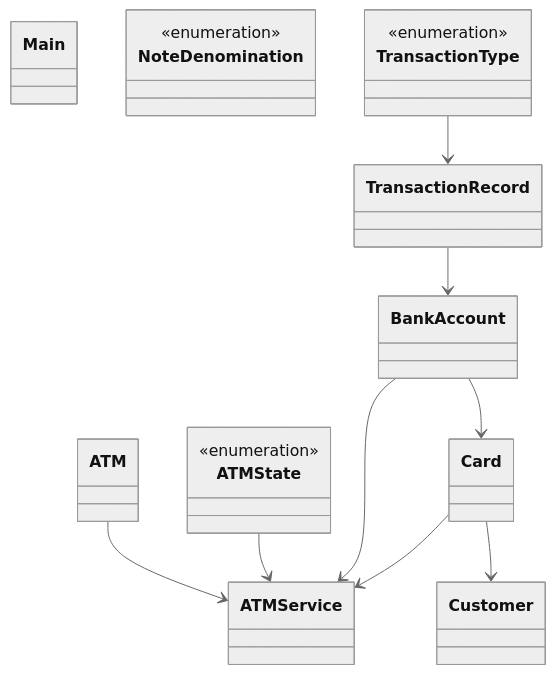
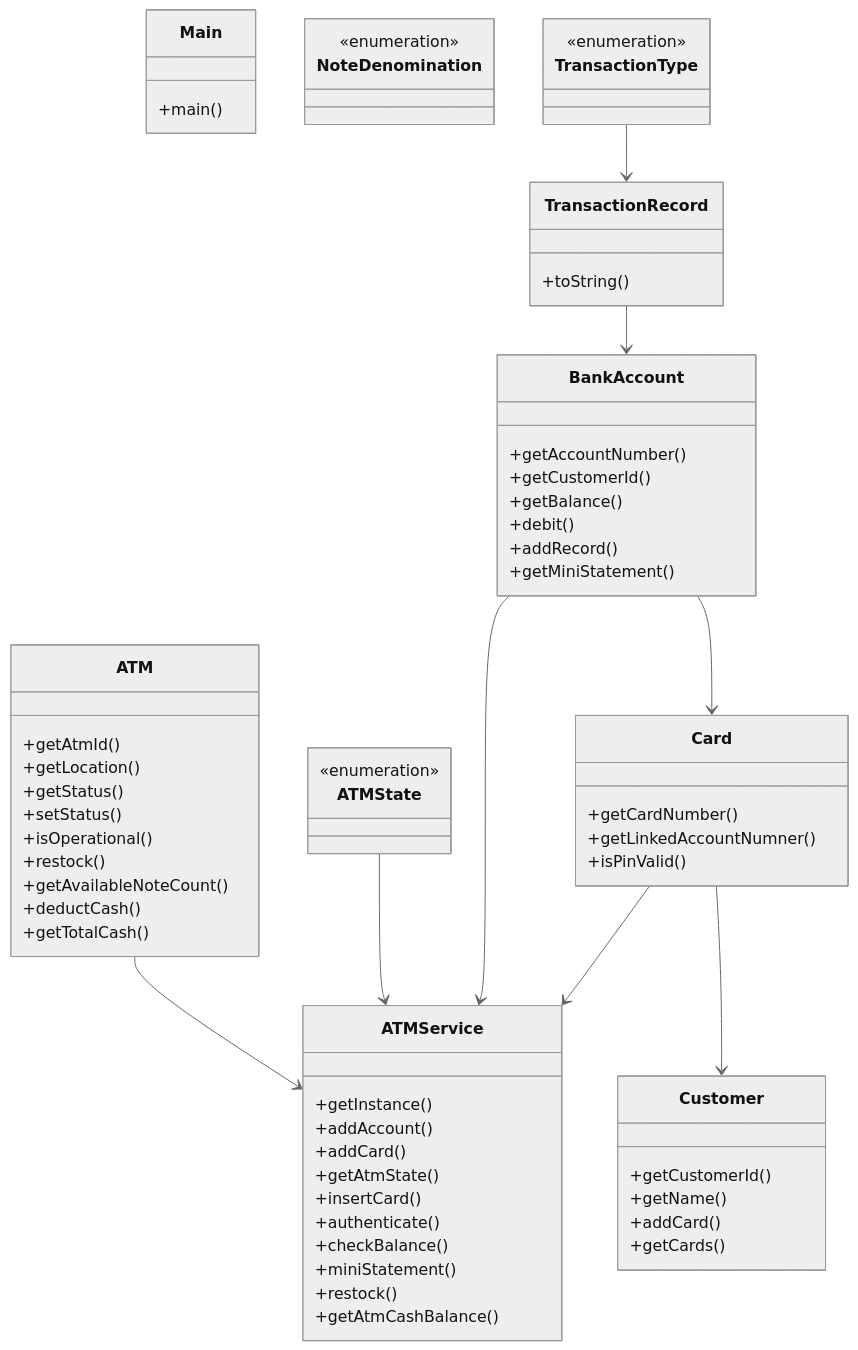
Before and after one commit to amanjaiswal30/dsa-solutions: the diagram in questions/low_level_design/12_atm_machine_lld.md, drawn with Mermaid (neutral theme). The commit also changed other lines of this file and 210 other files, not shown here.

````diff
--- a/questions/low_level_design/12_atm_machine_lld.md
+++ b/questions/low_level_design/12_atm_machine_lld.md
@@ -58,27 +58,68 @@
 ```mermaid
 classDiagram
-    class ATM
-    class ATMService
+    class ATM {
+        +getAtmId()
+        +getLocation()
+        +getStatus()
+        +setStatus()
+        +isOperational()
+        +restock()
+        +getAvailableNoteCount()
+        +deductCash()
+        +getTotalCash()
+    }
+    class ATMService {
+        +getInstance()
+        +addAccount()
+        +addCard()
+        +getAtmState()
+        +insertCard()
+        +authenticate()
+        +checkBalance()
+        +miniStatement()
+        +restock()
+        +getAtmCashBalance()
+    }
     class ATMState {
         <<enumeration>>
     }
-    class BankAccount
-    class Card
-    class Customer
-    class Main
+    class BankAccount {
+        +getAccountNumber()
+        +getCustomerId()
+        +getBalance()
+        +debit()
+        +addRecord()
+        +getMiniStatement()
+    }
+    class Card {
+        +getCardNumber()
+        +getLinkedAccountNumner()
+        +isPinValid()
+    }
+    class Customer {
+        +getCustomerId()
+        +getName()
+        +addCard()
+        +getCards()
+    }
+    class Main {
+        +main()
+    }
     class NoteDenomination {
         <<enumeration>>
     }
-    class TransactionRecord
+    class TransactionRecord {
+        +toString()
+    }
     class TransactionType {
         <<enumeration>>
     }
     ATM --> ATMService
     ATMState --> ATMService
     BankAccount --> ATMService
     Card --> ATMService
     TransactionRecord --> BankAccount
     BankAccount --> Card
     Card --> Customer
     TransactionType --> TransactionRecord
 ```
````
